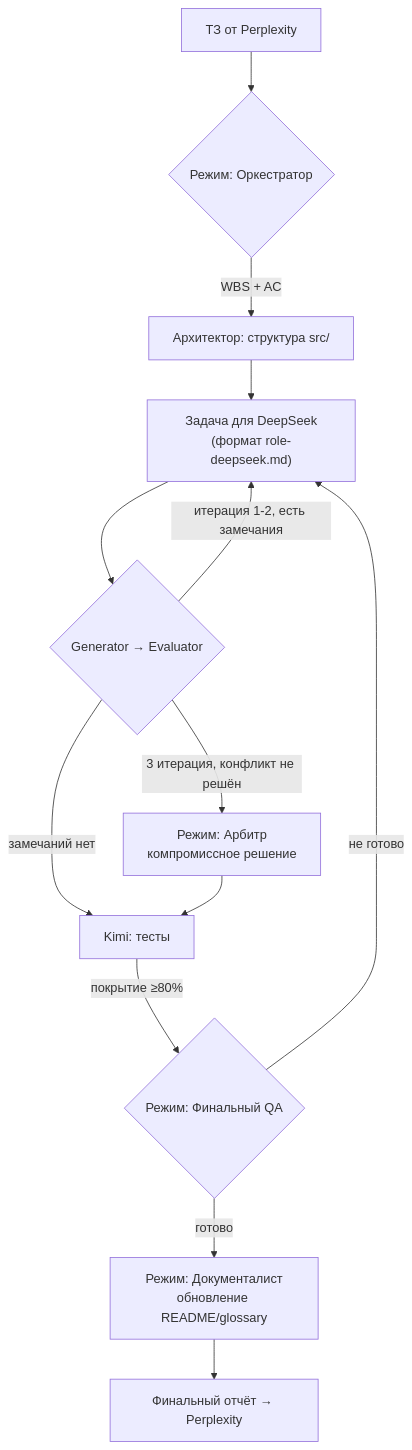
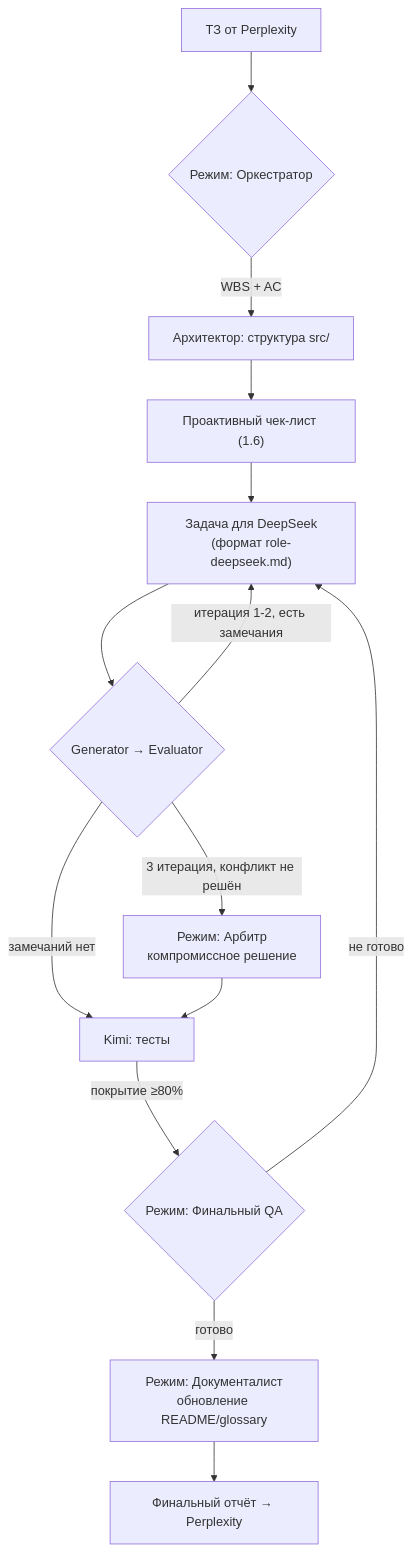
One commit to ollgaMall/ai-consultant-agent changed the diagram in prompts/role-claude.md. Above: the diagram before and after it, drawn with Mermaid. The commit also changed other lines of this file and 7 other files, not shown here.

````diff
--- a/prompts/role-claude.md
+++ b/prompts/role-claude.md
@@ -79,15 +101,16 @@
 ```mermaid
 flowchart TD
     T["ТЗ от Perplexity"] --> O{"Режим: Оркестратор"}
     O -->|"WBS + AC"| A["Архитектор: структура src/"]
-    A --> TASK["Задача для DeepSeek<br/>(формат role-deepseek.md)"]
+    A --> CHK["Проактивный чек-лист (1.6)"]
+    CHK --> TASK["Задача для DeepSeek<br/>(формат role-deepseek.md)"]
     TASK --> LOOP{"Generator → Evaluator"}
     LOOP -->|"итерация 1-2, есть замечания"| TASK
     LOOP -->|"3 итерация, конфликт не решён"| ARB["Режим: Арбитр<br/>компромиссное решение"]
     LOOP -->|"замечаний нет"| QA["Kimi: тесты"]
     ARB --> QA
     QA -->|"покрытие ≥80%"| FQA{"Режим: Финальный QA"}
     FQA -->|"не готово"| TASK
     FQA -->|"готово"| DOC["Режим: Документалист<br/>обновление README/glossary"]
     DOC --> DONE["Финальный отчёт → Perplexity"]
 ```
````
